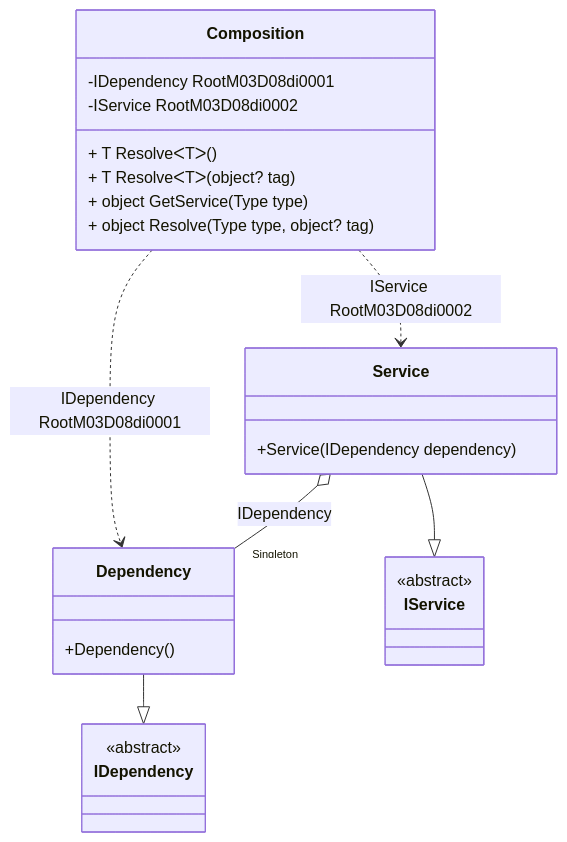
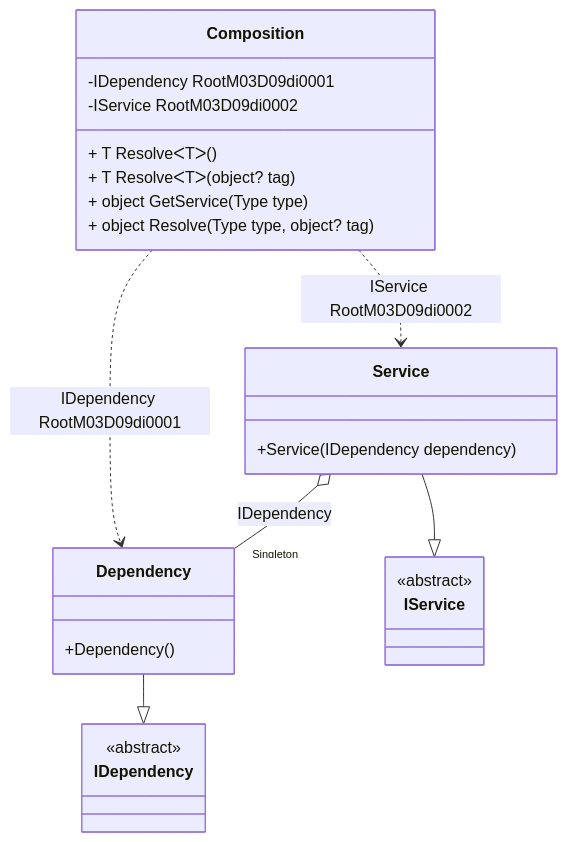
One commit to DevTeam/Pure.DI changed the diagram in readme/service-provider.md. Above: the diagram before and after it, drawn with Mermaid. The commit also changed other lines of this file and 73 other files, not shown here.

````diff
--- a/readme/service-provider.md
+++ b/readme/service-provider.md
@@ -45,28 +45,28 @@
 ```mermaid
 classDiagram
   class Composition {
-    -IDependency RootM03D08di0001
-    -IService RootM03D08di0002
+    -IDependency RootM03D09di0001
+    -IService RootM03D09di0002
     + T ResolveᐸTᐳ()
     + T ResolveᐸTᐳ(object? tag)
     + object GetService(Type type)
     + object Resolve(Type type, object? tag)
   }
   Dependency --|> IDependency : 
   class Dependency {
     +Dependency()
   }
   Service --|> IService : 
   class Service {
     +Service(IDependency dependency)
   }
   class IDependency {
     <<abstract>>
   }
   class IService {
     <<abstract>>
   }
   Service o--  "Singleton" Dependency : IDependency
-  Composition ..> Dependency : IDependency RootM03D08di0001
-  Composition ..> Service : IService RootM03D08di0002
+  Composition ..> Dependency : IDependency RootM03D09di0001
+  Composition ..> Service : IService RootM03D09di0002
 ```
````
